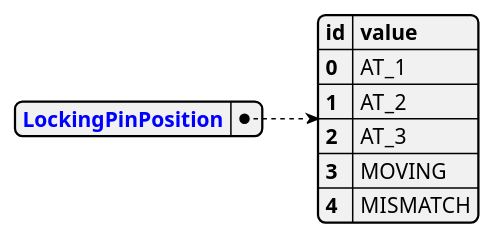
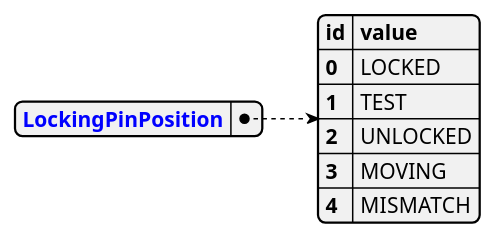
Before and after one commit to lsst-ts/ts_tma_tma-documentation_pxi-controller_documentation: diagram 28 of 46 in 02 CommandsAndEventsManagement/03 Events.md, drawn with PlantUML. The commit also changed other lines of this file, not shown here.

````diff
--- a/02 CommandsAndEventsManagement/03 Events.md
+++ b/02 CommandsAndEventsManagement/03 Events.md
@@ -826,14 +826,14 @@
 ``` plantuml
 @startjson
 {
     "<color:blue><b>LockingPinPosition": {
         "<b>id": "<b>value",
-        "0": "AT_1",
-        "1": "AT_2",
-        "2": "AT_3",
+        "0": "LOCKED",
+        "1": "TEST",
+        "2": "UNLOCKED",
         "3": "MOVING",
         "4": "MISMATCH"
     }
 }
 @endjson
 ```
````
